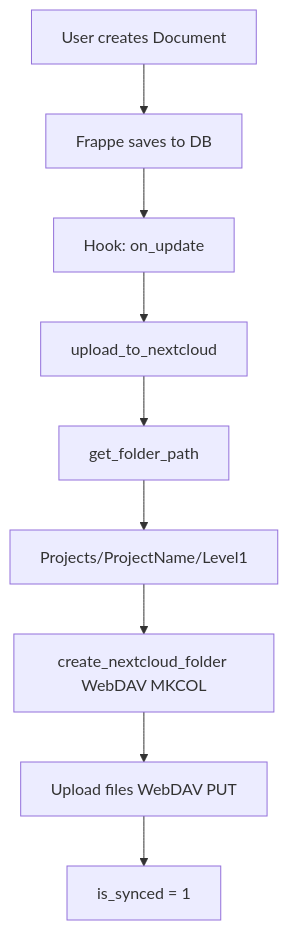
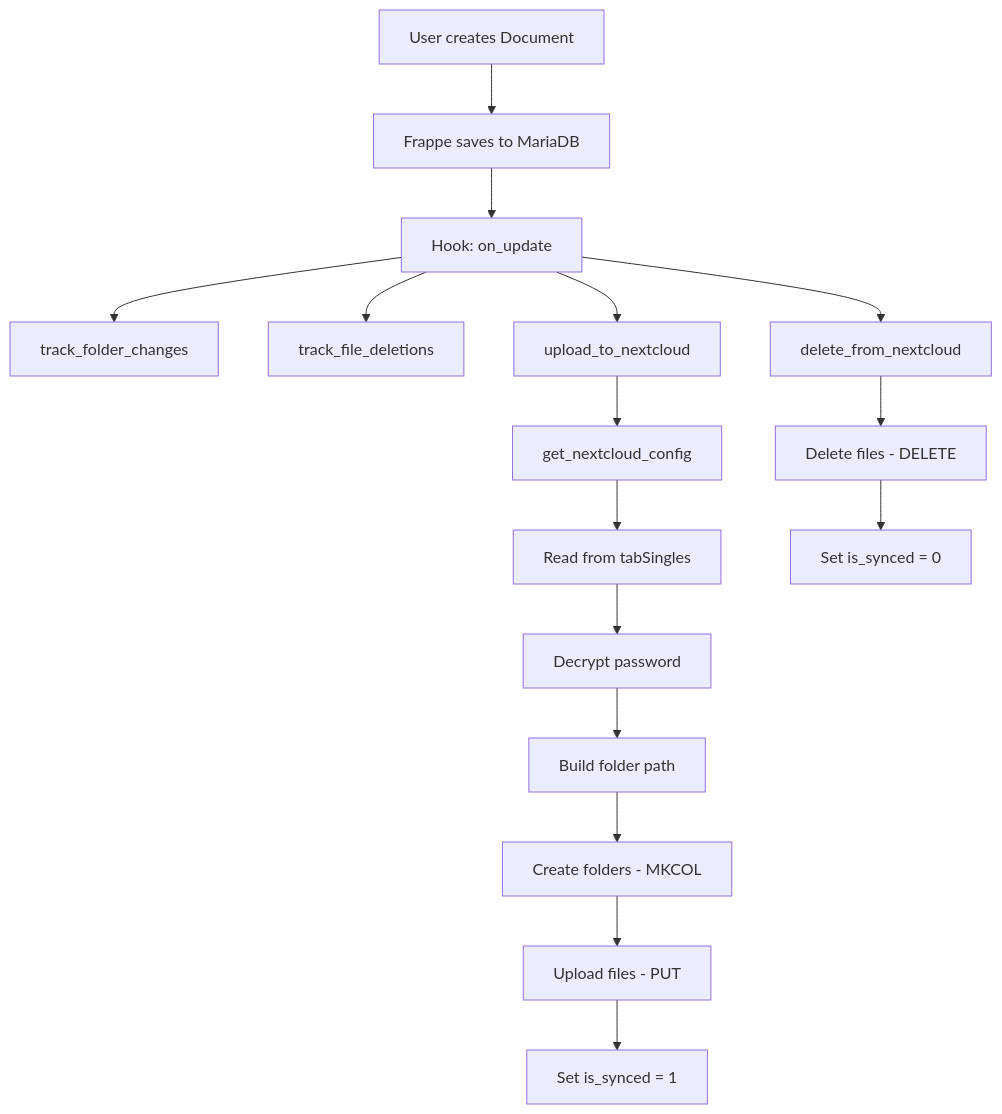
One commit to ruslankonovets-22/Company-Documents-App changed the diagram in docs/architecture.md. Above: the diagram before and after it, drawn with Mermaid. The commit also changed other lines of this file and 1 other file, not shown here.

````diff
--- a/docs/architecture.md
+++ b/docs/architecture.md
@@ -34,11 +339,20 @@
 ```mermaid
 graph TD
-    A[User creates Document] --> B[Frappe saves to DB]
+    A[User creates Document] --> B[Frappe saves to MariaDB]
     B --> C[Hook: on_update]
-    C --> D[upload_to_nextcloud]
-    D --> E[get_folder_path]
-    E --> F[Projects/ProjectName/Level1]
-    F --> G[create_nextcloud_folder WebDAV MKCOL]
-    G --> H[Upload files WebDAV PUT]
-    H --> I[is_synced = 1]
+    C --> D1[track_folder_changes]
+    C --> D2[track_file_deletions]
+    C --> D3[upload_to_nextcloud]
+    C --> D4[delete_from_nextcloud]
+    
+    D3 --> E[get_nextcloud_config]
+    E --> F[Read from tabSingles]
+    F --> G[Decrypt password]
+    G --> H[Build folder path]
+    H --> I[Create folders - MKCOL]
+    I --> J[Upload files - PUT]
+    J --> K[Set is_synced = 1]
+    
+    D4 --> L[Delete files - DELETE]
+    L --> M[Set is_synced = 0]
 ```
````
